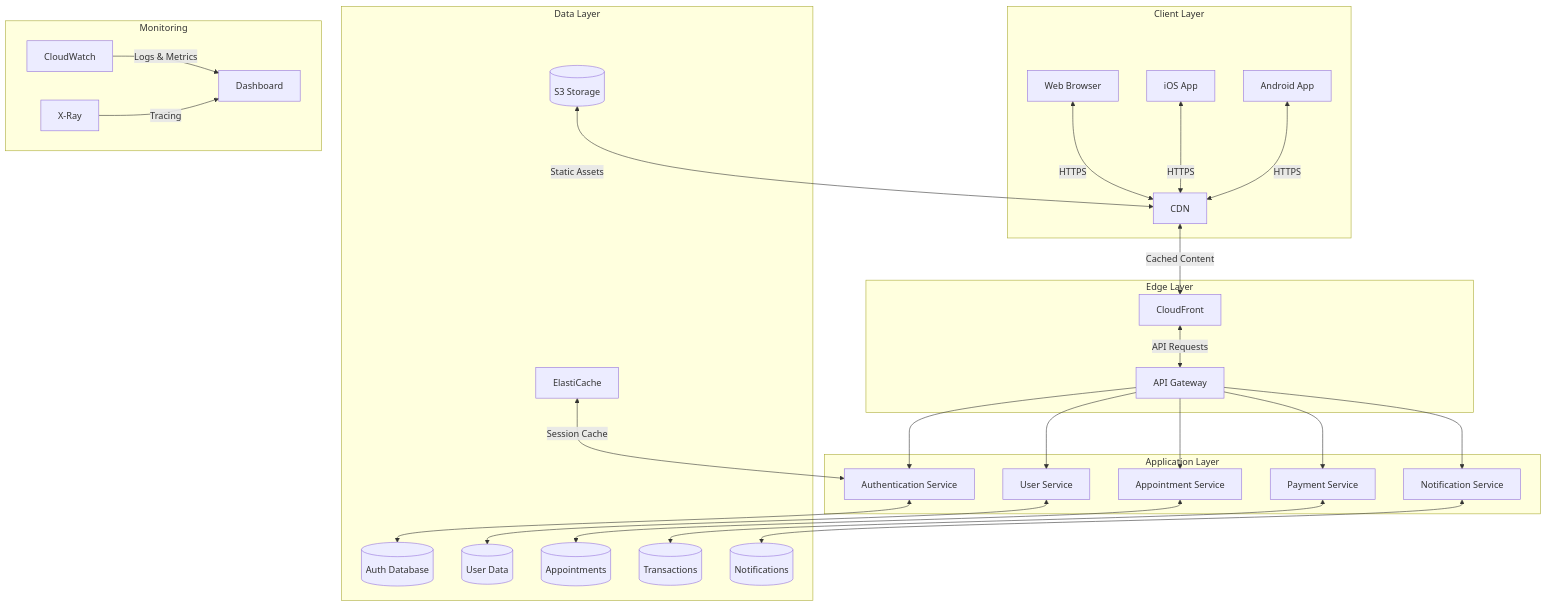
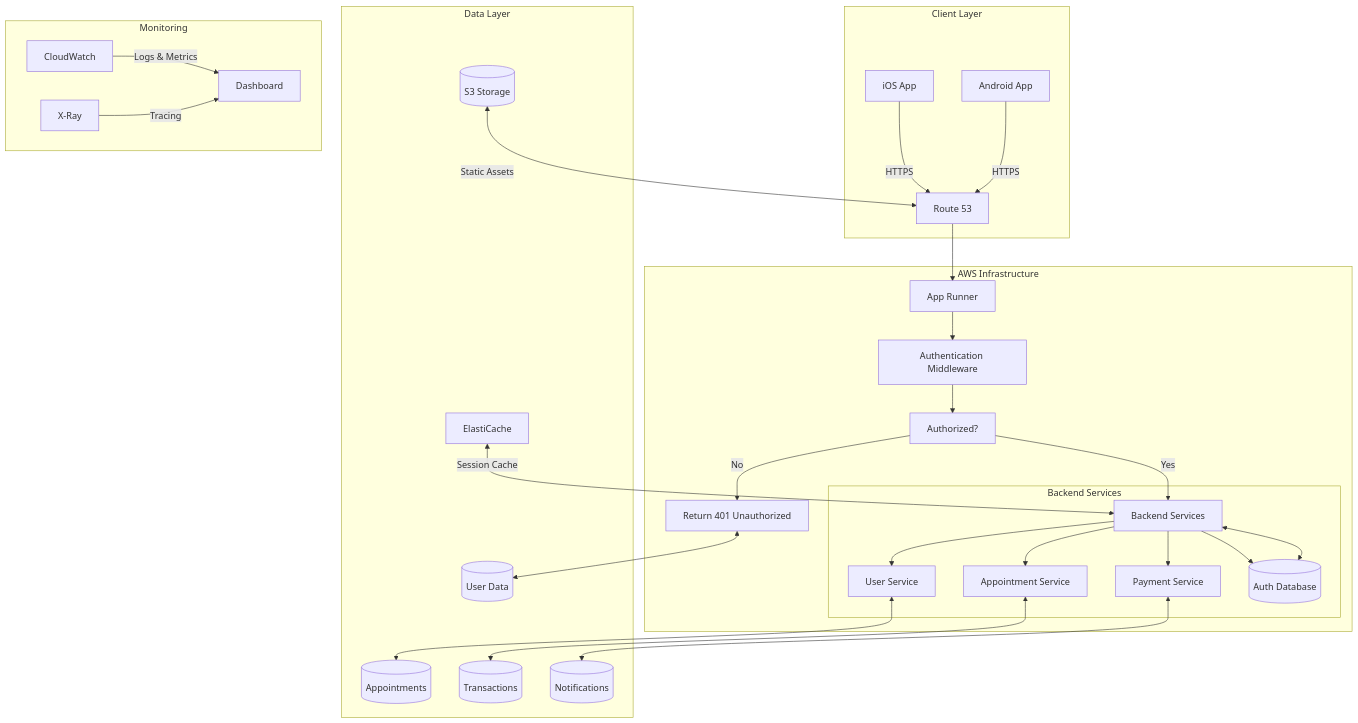
Before and after one commit to Swasthx/Swasthx-documentation: the diagram in docs/architecture/swathx_architecture.md, drawn with Mermaid. The commit also changed other lines of this file, not shown here.

Commit message:
architecture changes

````diff
--- a/docs/architecture/swathx_architecture.md
+++ b/docs/architecture/swathx_architecture.md
@@ -16,37 +16,38 @@
 ```mermaid
 graph TD
     subgraph Client Layer
-        A[Web Browser] <-->|HTTPS| B[CDN]
-        C[iOS App] <-->|HTTPS| B
-        D[Android App] <-->|HTTPS| B
+        A[iOS App] -->|HTTPS| B[Route 53]
+        C[Android App] -->|HTTPS| B
     end
     
-    subgraph Edge Layer
-        B <-->|Cached Content| E[CloudFront]
-        E <-->|API Requests| F[API Gateway]
-    end
-    
-    subgraph Application Layer
-        F --> G[Authentication Service]
-        F --> H[User Service]
-        F --> I[Appointment Service]
-        F --> J[Payment Service]
-        F --> K[Notification Service]
+    subgraph AWS Infrastructure
+        B --> D[App Runner]
+        D --> E[Authentication Middleware]
+        E --> F[Authorized?]
+        F -->|Yes| G[Backend Services]
+        F -->|No| H[Return 401 Unauthorized]
+        
+        subgraph Backend Services
+            G --> I[User Service]
+            G --> J[Appointment Service]
+            G --> K[Payment Service]
+            G --> L[Notification Service]
+        end
     end
     
     subgraph Data Layer
         G <--> L[(Auth Database)]
         H <--> M[(User Data)]
         I <--> N[(Appointments)]
         J <--> O[(Transactions)]
         K <--> P[(Notifications)]
         
         Q[(S3 Storage)] <-->|Static Assets| B
         R[ElastiCache] <-->|Session Cache| G
     end
     
     subgraph Monitoring
         S[CloudWatch] -->|Logs & Metrics| T[Dashboard]
         U[X-Ray] -->|Tracing| T
     end
 ```
````
